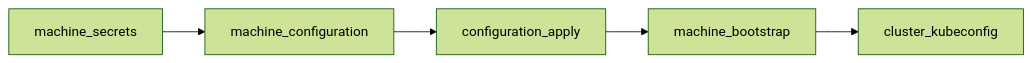
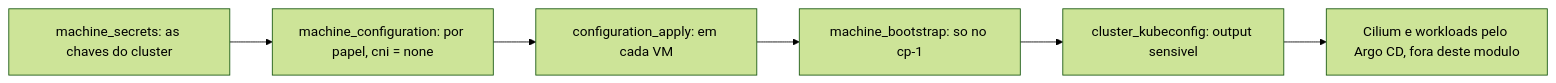
The sixth of 6 diagrams in terraform/infra/README.md (heitorfreitasferreira/k8s-gitops-platform), drawn with Mermaid (forest theme) before and after one commit. The commit also changed other lines of this file, not shown here.

````diff
--- a/terraform/infra/README.md
+++ b/terraform/infra/README.md
@@ -36,7 +118,10 @@
 ```mermaid
 flowchart LR
-  secrets["machine_secrets"] --> config["machine_configuration"]
-  config --> apply["configuration_apply"]
-  apply --> boot["machine_bootstrap"]
-  boot --> kube["cluster_kubeconfig"]
+  secrets["machine_secrets: as chaves do cluster"]
+  config["machine_configuration: por papel, cni = none"]
+  apply["configuration_apply: em cada VM"]
+  boot["machine_bootstrap: so no cp-1"]
+  kube["cluster_kubeconfig: output sensivel"]
+  argo["Cilium e workloads pelo Argo CD, fora deste modulo"]
+  secrets --> config --> apply --> boot --> kube --> argo
 ```
````
